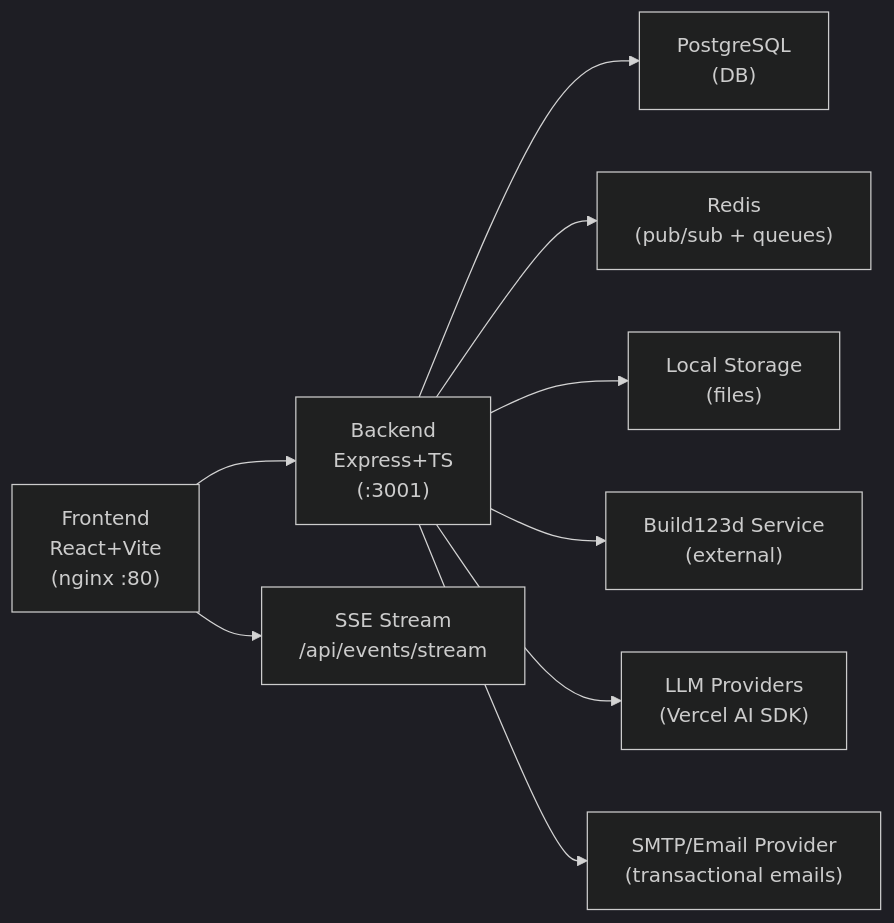
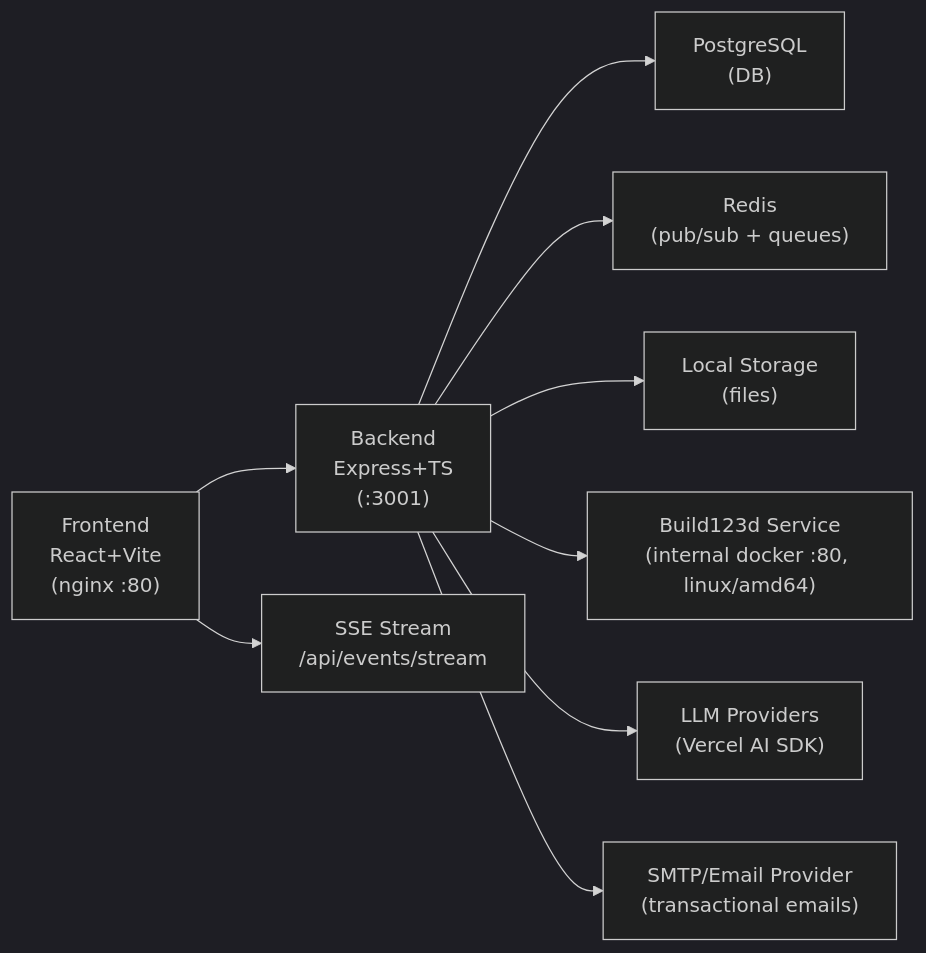
Before and after one commit to kreuzhofer/chat3d-app: the diagram in docker_migration_plan.md, drawn with Mermaid (dark theme). The commit also changed other lines of this file and 21 other files, not shown here.

Commit message:
complete milestone 3 and integrate local build123d service

````diff
--- a/docker_migration_plan.md
+++ b/docker_migration_plan.md
@@ -21,11 +21,11 @@
 ```mermaid
 graph LR
     Frontend["Frontend\nReact+Vite\n(nginx :80)"] --> Backend["Backend\nExpress+TS\n(:3001)"]
     Frontend --> SSE["SSE Stream\n/api/events/stream"]
     Backend --> PostgreSQL["PostgreSQL\n(DB)"]
     Backend --> Redis["Redis\n(pub/sub + queues)"]
     Backend --> Storage["Local Storage\n(files)"]
-    Backend --> Build123d["Build123d Service\n(external)"]
+    Backend --> Build123d["Build123d Service\n(internal docker :80, linux/amd64)"]
     Backend --> LLM["LLM Providers\n(Vercel AI SDK)"]
     Backend --> Email["SMTP/Email Provider\n(transactional emails)"]
 ```
````
